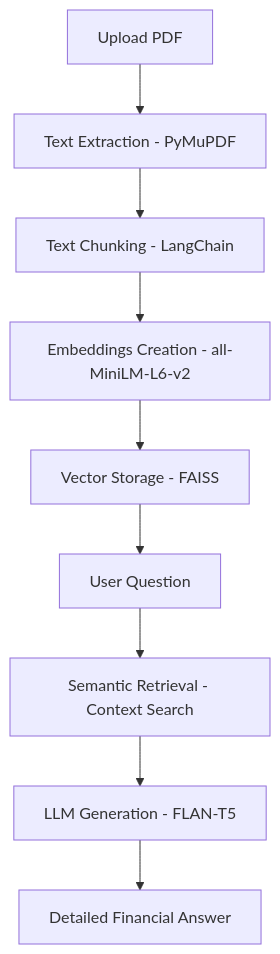
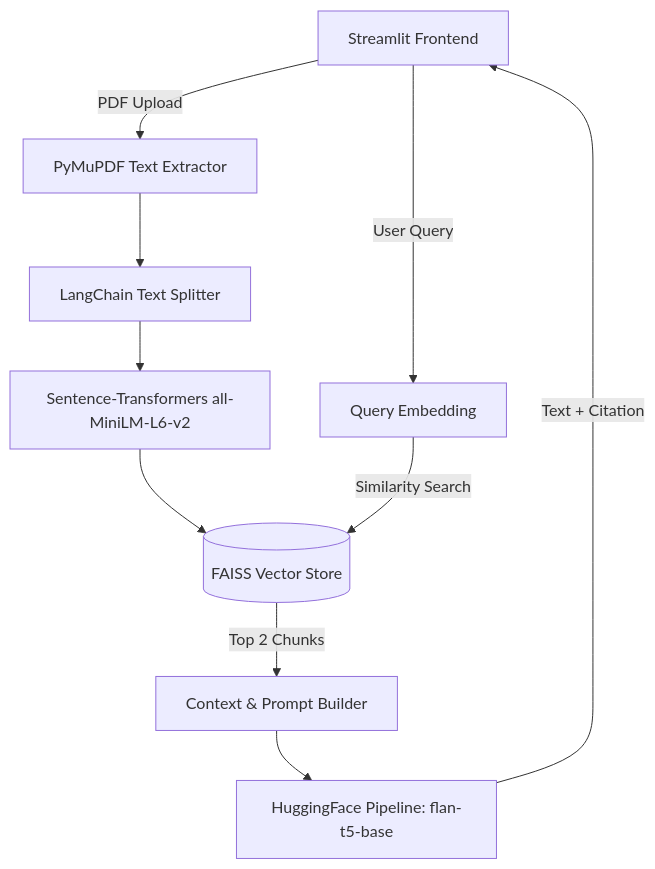
The first of 2 diagrams in README.md (likhitha58/FINANCIAL-RAG-APP), drawn with Mermaid before and after one commit. The commit also changed other lines of this file, not shown here.

Commit message:
Update README with detailed architecture and data flow diagrams

````diff
--- a/README.md
+++ b/README.md
@@ -11,11 +12,13 @@
 ```mermaid
 graph TD
-    A[Upload PDF] --> B[Text Extraction - PyMuPDF]
-    B --> C[Text Chunking - LangChain]
-    C --> D[Embeddings Creation - all-MiniLM-L6-v2]
-    D --> E[Vector Storage - FAISS]
-    E --> F[User Question]
-    F --> G[Semantic Retrieval - Context Search]
-    G --> H[LLM Generation - FLAN-T5]
-    H --> I[Detailed Financial Answer]
+    UI[Streamlit Frontend] -->|PDF Upload| Extractor[PyMuPDF Text Extractor]
+    Extractor --> Chunker[LangChain Text Splitter]
+    Chunker --> Embedder[Sentence-Transformers all-MiniLM-L6-v2]
+    Embedder --> VectorDB[(FAISS Vector Store)]
+    
+    UI -->|User Query| QueryEmbedder[Query Embedding]
+    QueryEmbedder -->|Similarity Search| VectorDB
+    VectorDB -->|Top 2 Chunks| ContextBuilder[Context & Prompt Builder]
+    ContextBuilder --> LLM[HuggingFace Pipeline: flan-t5-base]
+    LLM -->|Text + Citation| UI
 ```
````
